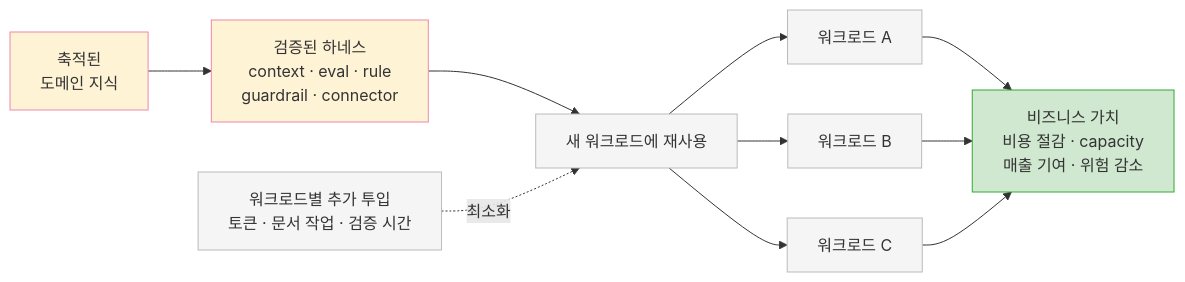
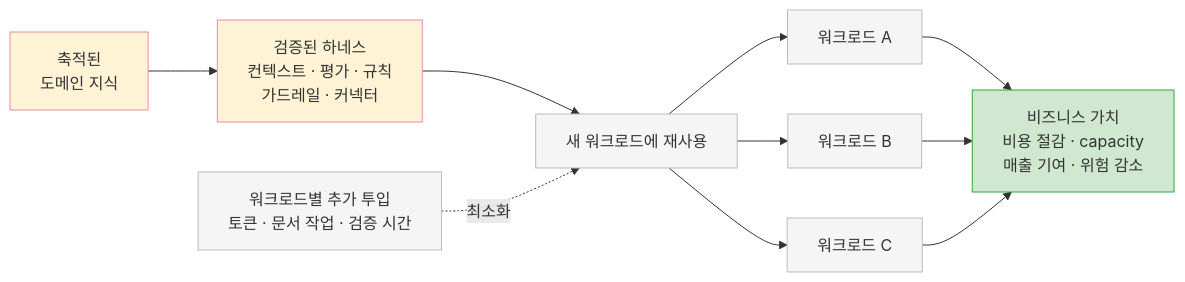
The sixth of 7 diagrams in _posts/2026-06-15-organizational-ai-adoption-3s.md (haandol/haandol.github.com), drawn with Mermaid before and after one commit. The commit also changed other lines of this file, not shown here.

````diff
--- a/_posts/2026-06-15-organizational-ai-adoption-3s.md
+++ b/_posts/2026-06-15-organizational-ai-adoption-3s.md
@@ -245,18 +299,18 @@
 ```mermaid
 flowchart LR
-    D["축적된<br/>도메인 지식"] --> H["검증된 하네스<br/>context · eval · rule<br/>guardrail · connector"]
+    D["축적된<br/>도메인 지식"] --> H["검증된 하네스<br/>컨텍스트 · 평가 · 규칙<br/>가드레일 · 커넥터"]
     H --> R["새 워크로드에 재사용"]
     I["워크로드별 추가 투입<br/>토큰 · 문서 작업 · 검증 시간"] -. "최소화" .-> R
     R --> W1["워크로드 A"]
     R --> W2["워크로드 B"]
     R --> W3["워크로드 C"]
     W1 --> V["비즈니스 가치<br/>비용 절감 · capacity<br/>매출 기여 · 위험 감소"]
     W2 --> V
     W3 --> V
     classDef asset fill:#fff3d6,stroke:#e8a;
     classDef work fill:#f5f5f5,stroke:#bbb;
     classDef value fill:#cfe8cf,stroke:#3a3;
     class D,H asset;
     class R,I,W1,W2,W3 work;
     class V value;
 ```
````
